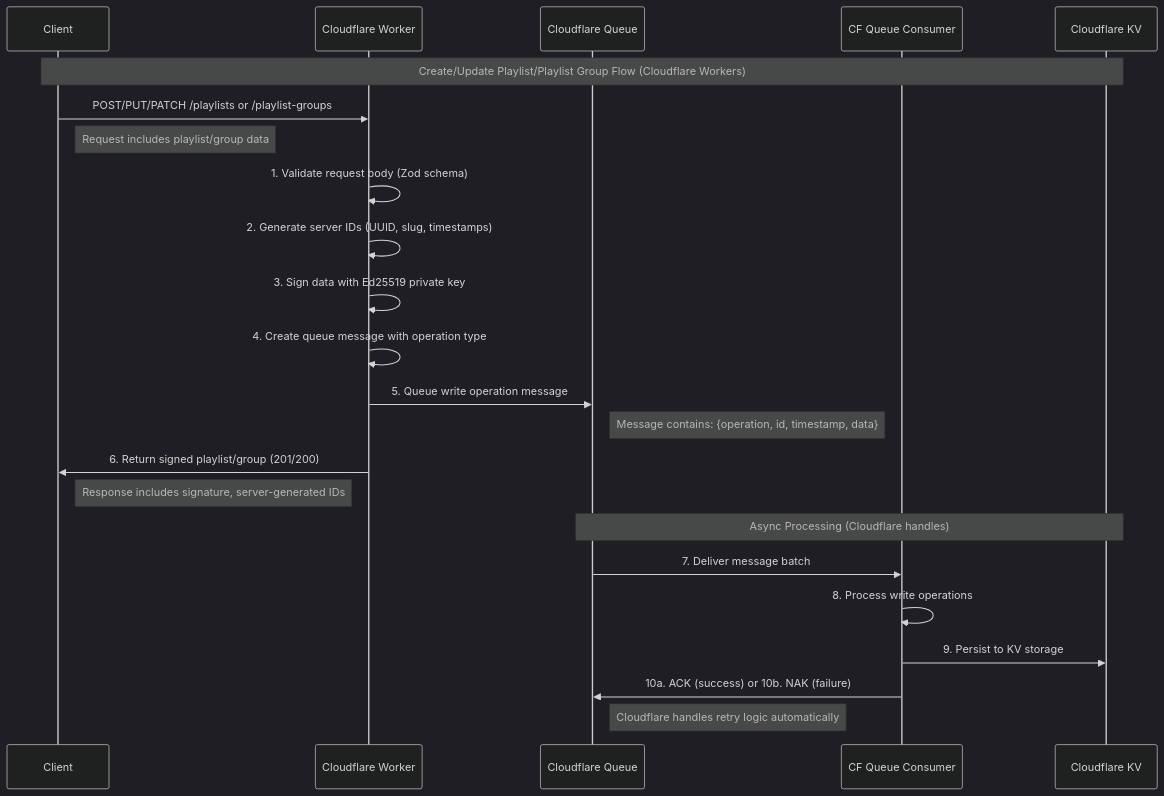
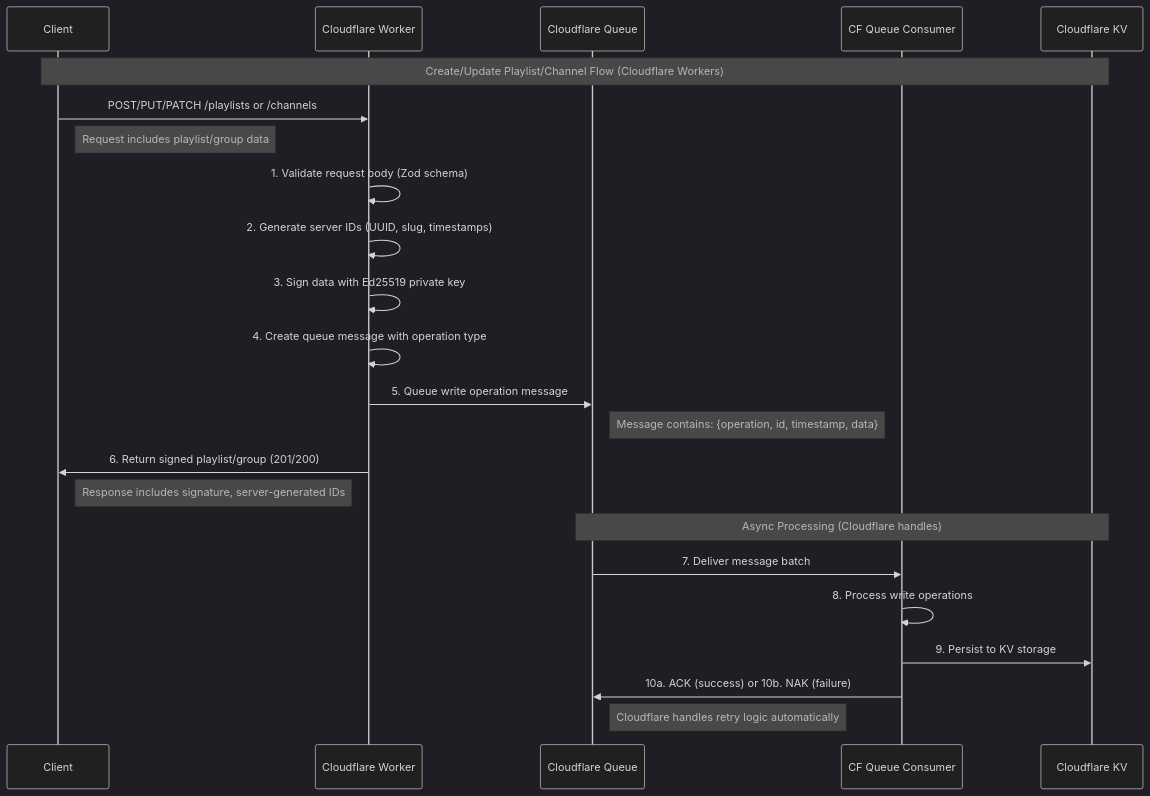
One commit to feral-file/dp1-feed changed the first of 6 diagrams in DIAGRAM.md. Above: the diagram before and after it, drawn with Mermaid (dark theme). The commit also changed other lines of this file and 31 other files, not shown here.

Commit message:
refactor playlist-group to channel

````diff
--- a/DIAGRAM.md
+++ b/DIAGRAM.md
@@ -36,32 +36,32 @@
 ```mermaid
 sequenceDiagram
     participant Client
     participant CF_Worker as Cloudflare Worker
     participant CF_Queue as Cloudflare Queue
     participant CF_Consumer as CF Queue Consumer
     participant CF_KV as Cloudflare KV
 
-    Note over Client,CF_KV: Create/Update Playlist/Playlist Group Flow (Cloudflare Workers)
+    Note over Client,CF_KV: Create/Update Playlist/Channel Flow (Cloudflare Workers)
 
-    Client->>CF_Worker: POST/PUT/PATCH /playlists or /playlist-groups
+    Client->>CF_Worker: POST/PUT/PATCH /playlists or /channels
     Note right of Client: Request includes playlist/group data
 
     CF_Worker->>CF_Worker: 1. Validate request body (Zod schema)
     CF_Worker->>CF_Worker: 2. Generate server IDs (UUID, slug, timestamps)
     CF_Worker->>CF_Worker: 3. Sign data with Ed25519 private key
     CF_Worker->>CF_Worker: 4. Create queue message with operation type
 
     CF_Worker->>CF_Queue: 5. Queue write operation message
     Note right of CF_Queue: Message contains: {operation, id, timestamp, data}
 
     CF_Worker->>Client: 6. Return signed playlist/group (201/200)
     Note right of Client: Response includes signature, server-generated IDs
 
     Note over CF_Queue,CF_KV: Async Processing (Cloudflare handles)
 
     CF_Queue->>CF_Consumer: 7. Deliver message batch
     CF_Consumer->>CF_Consumer: 8. Process write operations
     CF_Consumer->>CF_KV: 9. Persist to KV storage
     CF_Consumer->>CF_Queue: 10a. ACK (success) or 10b. NAK (failure)
     Note right of CF_Queue: Cloudflare handles retry logic automatically
 ```
````
